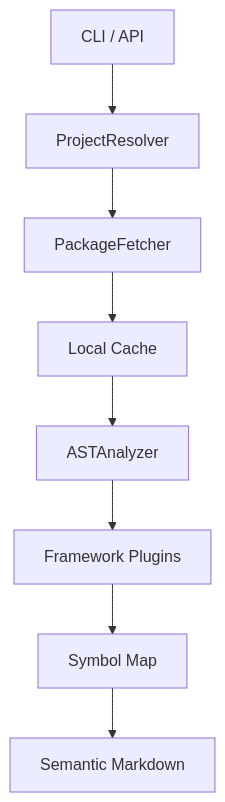
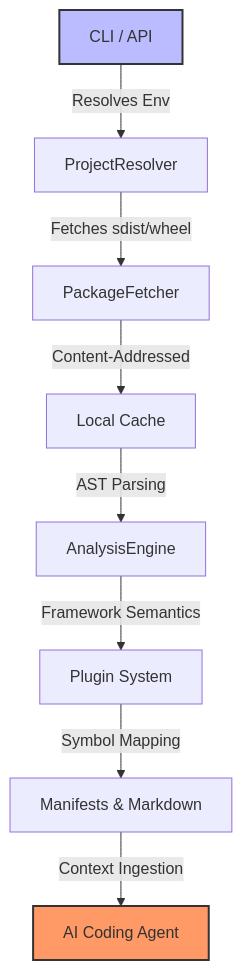
Before and after one commit to NikitasT2003/agentsrc-py: the diagram in README.md, drawn with Mermaid. The commit also changed other lines of this file and 9 other files, not shown here.

````diff
--- a/README.md
+++ b/README.md
@@ -41,10 +71,13 @@
 ```mermaid
 graph TD
-    A[CLI / API] --> B[ProjectResolver]
-    B --> C[PackageFetcher]
-    C --> D[Local Cache]
-    D --> E[ASTAnalyzer]
-    E --> F[Framework Plugins]
-    F --> G[Symbol Map]
-    G --> H[Semantic Markdown]
+    A[CLI / API] -->|Resolves Env| B[ProjectResolver]
+    B -->|Fetches sdist/wheel| C[PackageFetcher]
+    C -->|Content-Addressed| D[Local Cache]
+    D -->|AST Parsing| E[AnalysisEngine]
+    E -->|Framework Semantics| F[Plugin System]
+    F -->|Symbol Mapping| G[Manifests & Markdown]
+    G -->|Context Ingestion| H[AI Coding Agent]
+    
+    style H fill:#f96,stroke:#333,stroke-width:2px
+    style A fill:#bbf,stroke:#333,stroke-width:2px
 ```
````
